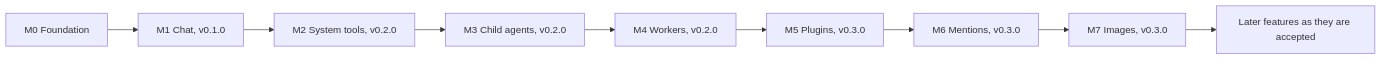
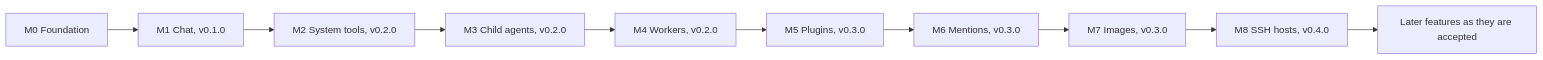
The diagram in docs/roadmap/milestones.md (limbon2/mannie), drawn with Mermaid before and after one commit. The commit also changed other lines of this file and 23 other files, not shown here.

First line of the commit message:
docs: record ADR-0036, M8 and SSH hosts across the architecture

````diff
--- a/docs/roadmap/milestones.md
+++ b/docs/roadmap/milestones.md
@@ -30,11 +31,12 @@
 ```mermaid
 flowchart LR
   M0[M0 Foundation] --> M1[M1 Chat, v0.1.0]
   M1 --> M2[M2 System tools, v0.2.0]
   M2 --> M3[M3 Child agents, v0.2.0]
   M3 --> M4[M4 Workers, v0.2.0]
   M4 --> M5[M5 Plugins, v0.3.0]
   M5 --> M6[M6 Mentions, v0.3.0]
   M6 --> M7[M7 Images, v0.3.0]
-  M7 --> Later[Later features as they are accepted]
+  M7 --> M8[M8 SSH hosts, v0.4.0]
+  M8 --> Later[Later features as they are accepted]
 ```
````
